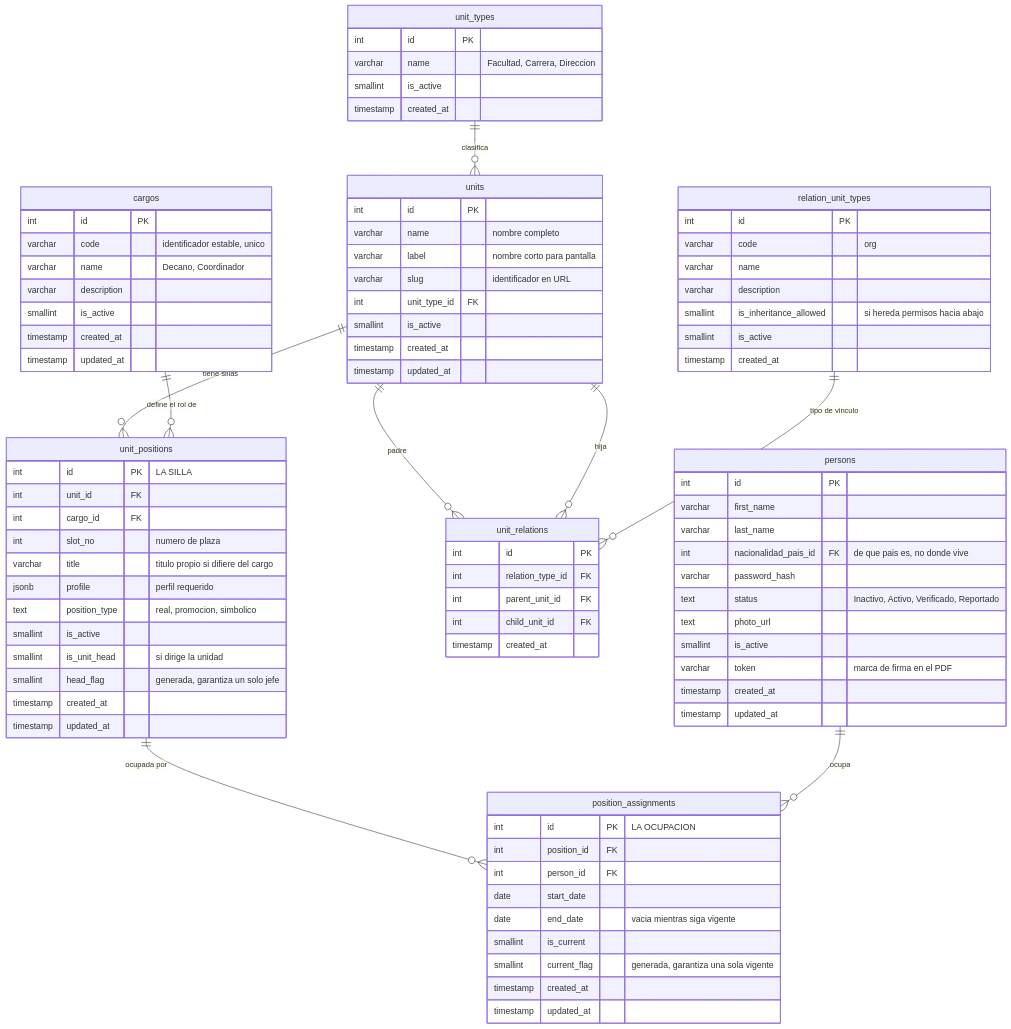
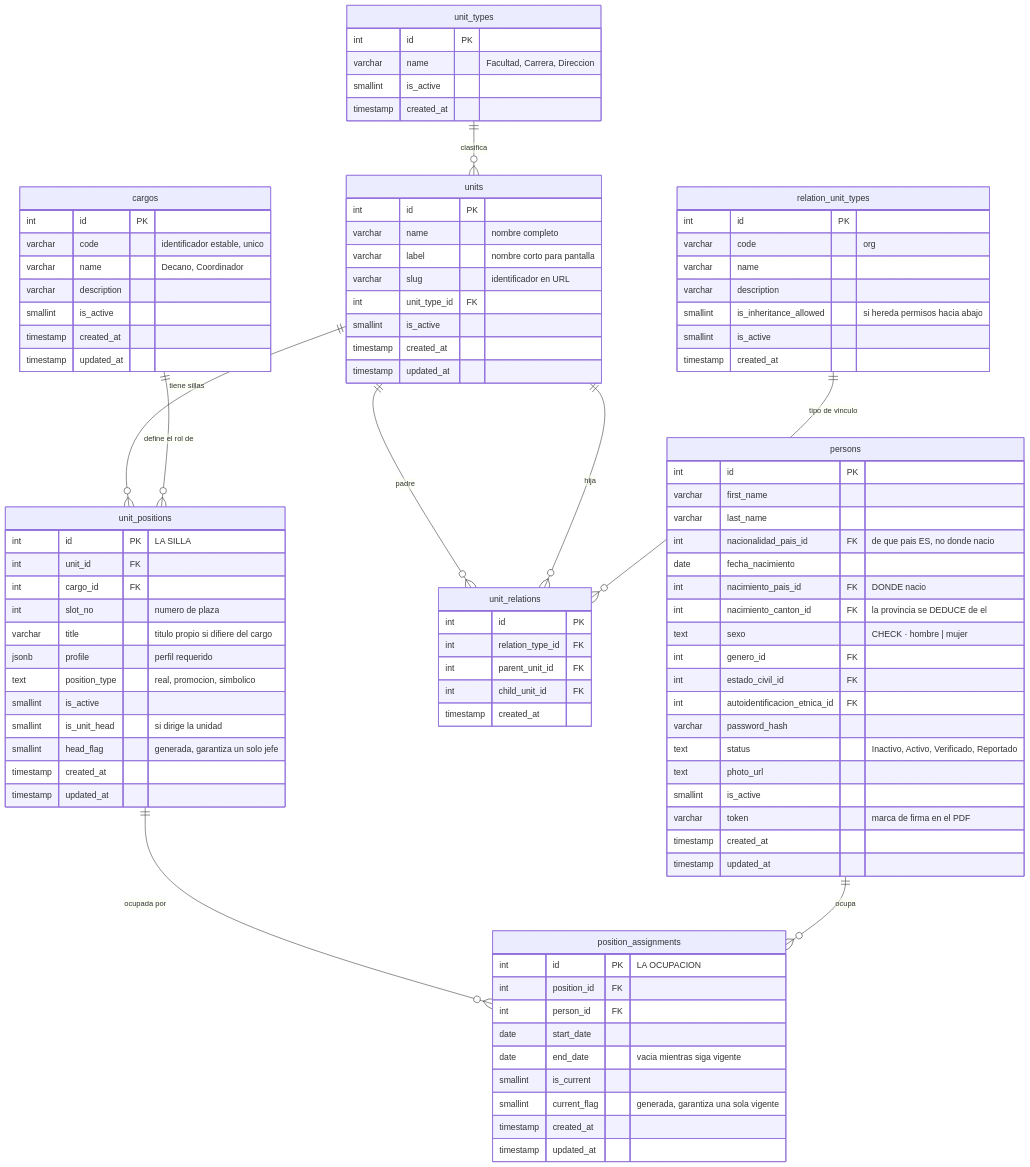
One commit to fresvel/deasy changed the fourth of 4 diagrams in docs/src/content/docs/modelo/organizacion.md. Above: the diagram before and after it, drawn with Mermaid. The commit also changed other lines of this file and 14 other files, not shown here.

```diff
--- a/docs/src/content/docs/modelo/organizacion.md
+++ b/docs/src/content/docs/modelo/organizacion.md
@@ -687,7 +712,14 @@
     int id PK
     varchar first_name
     varchar last_name
-    int nacionalidad_pais_id FK "de que pais es, no donde vive"
+    int nacionalidad_pais_id FK "de que pais ES, no donde nacio"
+    date fecha_nacimiento
+    int nacimiento_pais_id FK "DONDE nacio"
+    int nacimiento_canton_id FK "la provincia se DEDUCE de el"
+    text sexo "CHECK · hombre | mujer"
+    int genero_id FK
+    int estado_civil_id FK
+    int autoidentificacion_etnica_id FK
     varchar password_hash
     text status "Inactivo, Activo, Verificado, Reportado"
     text photo_url
```
